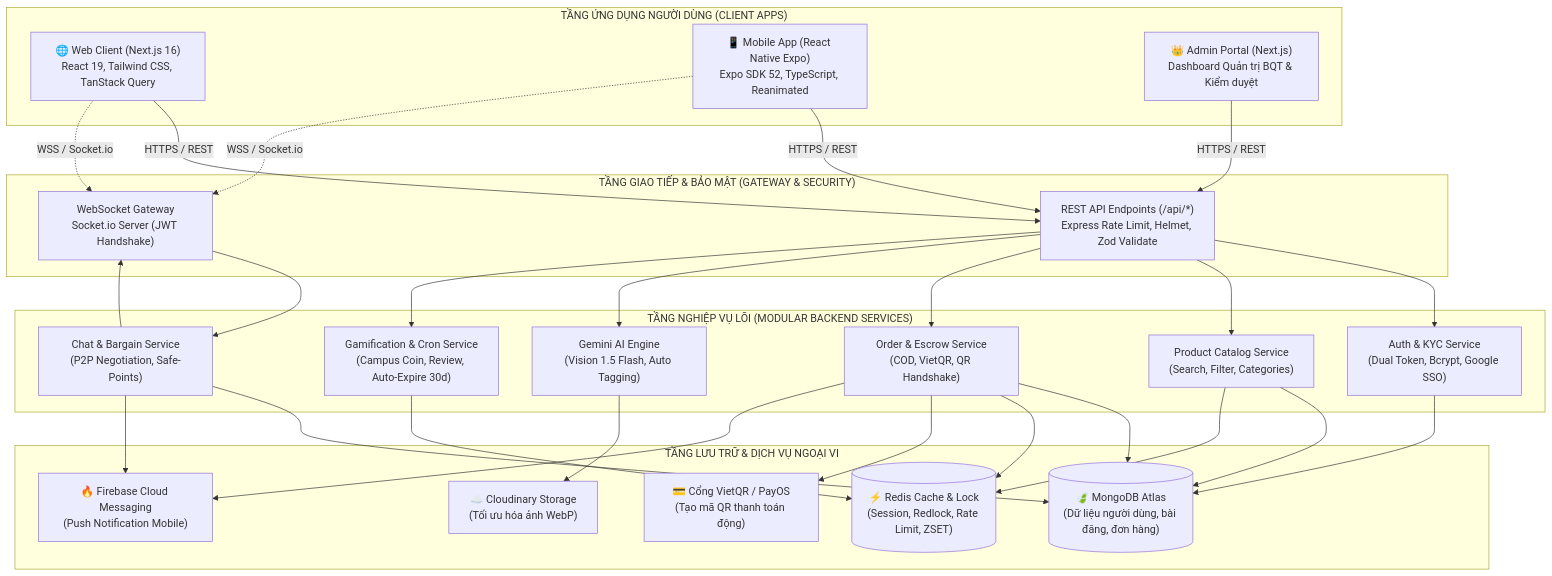
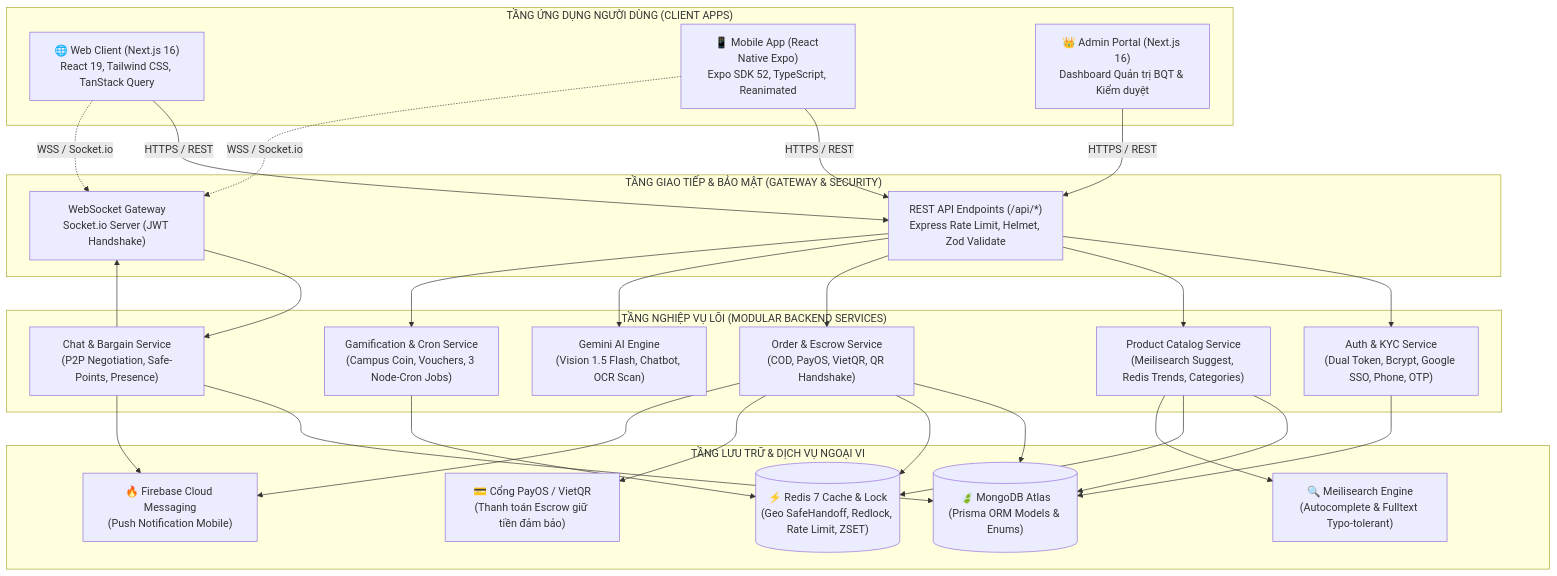
One commit to phongnha230/Market_FU changed the first of 2 diagrams in BAO_CAO_DU_AN_WEB_MOBILE.md. Above: the diagram before and after it, drawn with Mermaid. The commit also changed other lines of this file and 11 other files, not shown here.

````diff
--- a/BAO_CAO_DU_AN_WEB_MOBILE.md
+++ b/BAO_CAO_DU_AN_WEB_MOBILE.md
@@ -113,56 +108,56 @@
 ```mermaid
 graph TB
     subgraph Clients["TẦNG ỨNG DỤNG NGƯỜI DÙNG (CLIENT APPS)"]
         Web["🌐 Web Client (Next.js 16)<br/>React 19, Tailwind CSS, TanStack Query"]
         Mobile["📱 Mobile App (React Native Expo)<br/>Expo SDK 52, TypeScript, Reanimated"]
-        AdminWeb["👑 Admin Portal (Next.js)<br/>Dashboard Quản trị BQT & Kiểm duyệt"]
+        AdminWeb["👑 Admin Portal (Next.js 16)<br/>Dashboard Quản trị BQT & Kiểm duyệt"]
     end
 
     subgraph Gateway["TẦNG GIAO TIẾP & BẢO MẬT (GATEWAY & SECURITY)"]
         REST["REST API Endpoints (/api/*)<br/>Express Rate Limit, Helmet, Zod Validate"]
         SocketGateway["WebSocket Gateway<br/>Socket.io Server (JWT Handshake)"]
     end
 
     subgraph BackendCore["TẦNG NGHIỆP VỤ LÕI (MODULAR BACKEND SERVICES)"]
-        AuthSvc["Auth & KYC Service<br/>(Dual Token, Bcrypt, Google SSO)"]
-        PostSvc["Product Catalog Service<br/>(Search, Filter, Categories)"]
-        OrderSvc["Order & Escrow Service<br/>(COD, VietQR, QR Handshake)"]
-        ChatSvc["Chat & Bargain Service<br/>(P2P Negotiation, Safe-Points)"]
-        AISvc["Gemini AI Engine<br/>(Vision 1.5 Flash, Auto Tagging)"]
-        GamifySvc["Gamification & Cron Service<br/>(Campus Coin, Review, Auto-Expire 30d)"]
+        AuthSvc["Auth & KYC Service<br/>(Dual Token, Bcrypt, Google SSO, Phone, OTP)"]
+        PostSvc["Product Catalog Service<br/>(Meilisearch Suggest, Redis Trends, Categories)"]
+        OrderSvc["Order & Escrow Service<br/>(COD, PayOS, VietQR, QR Handshake)"]
+        ChatSvc["Chat & Bargain Service<br/>(P2P Negotiation, Safe-Points, Presence)"]
+        AISvc["Gemini AI Engine<br/>(Vision 1.5 Flash, Chatbot, OCR Scan)"]
+        GamifySvc["Gamification & Cron Service<br/>(Campus Coin, Vouchers, 3 Node-Cron Jobs)"]
     end
 
     subgraph StorageServices["TẦNG LƯU TRỮ & DỊCH VỤ NGOẠI VI"]
-        Mongo[("🍃 MongoDB Atlas<br/>(Dữ liệu người dùng, bài đăng, đơn hàng)")]
-        Redis[("⚡ Redis Cache & Lock<br/>(Session, Redlock, Rate Limit, ZSET)")]
-        Cloudinary["☁️ Cloudinary Storage<br/>(Tối ưu hóa ảnh WebP)"]
+        Mongo[("🍃 MongoDB Atlas<br/>(Prisma ORM Models & Enums)")]
+        Redis[("⚡ Redis 7 Cache & Lock<br/>(Geo SafeHandoff, Redlock, Rate Limit, ZSET)")]
+        Meili["🔍 Meilisearch Engine<br/>(Autocomplete & Fulltext Typo-tolerant)"]
         FCM["🔥 Firebase Cloud Messaging<br/>(Push Notification Mobile)"]
-        PayOS["💳 Cổng VietQR / PayOS<br/>(Tạo mã QR thanh toán động)"]
+        PayOS["💳 Cổng PayOS / VietQR<br/>(Thanh toán Escrow giữ tiền đảm bảo)"]
     end
 
     Web -->|HTTPS / REST| REST
     AdminWeb -->|HTTPS / REST| REST
     Mobile -->|HTTPS / REST| REST
     Web -.->|WSS / Socket.io| SocketGateway
     Mobile -.->|WSS / Socket.io| SocketGateway
 
     REST --> AuthSvc
     REST --> PostSvc
     REST --> OrderSvc
     REST --> AISvc
     REST --> GamifySvc
     SocketGateway --> ChatSvc
 
     AuthSvc --> Mongo
     PostSvc --> Mongo
     PostSvc --> Redis
+    PostSvc --> Meili
     OrderSvc --> Mongo
     OrderSvc --> Redis
     OrderSvc --> PayOS
     ChatSvc --> Mongo
     ChatSvc --> SocketGateway
-    AISvc --> Cloudinary
     GamifySvc --> Redis
     OrderSvc --> FCM
     ChatSvc --> FCM
 ```
````
